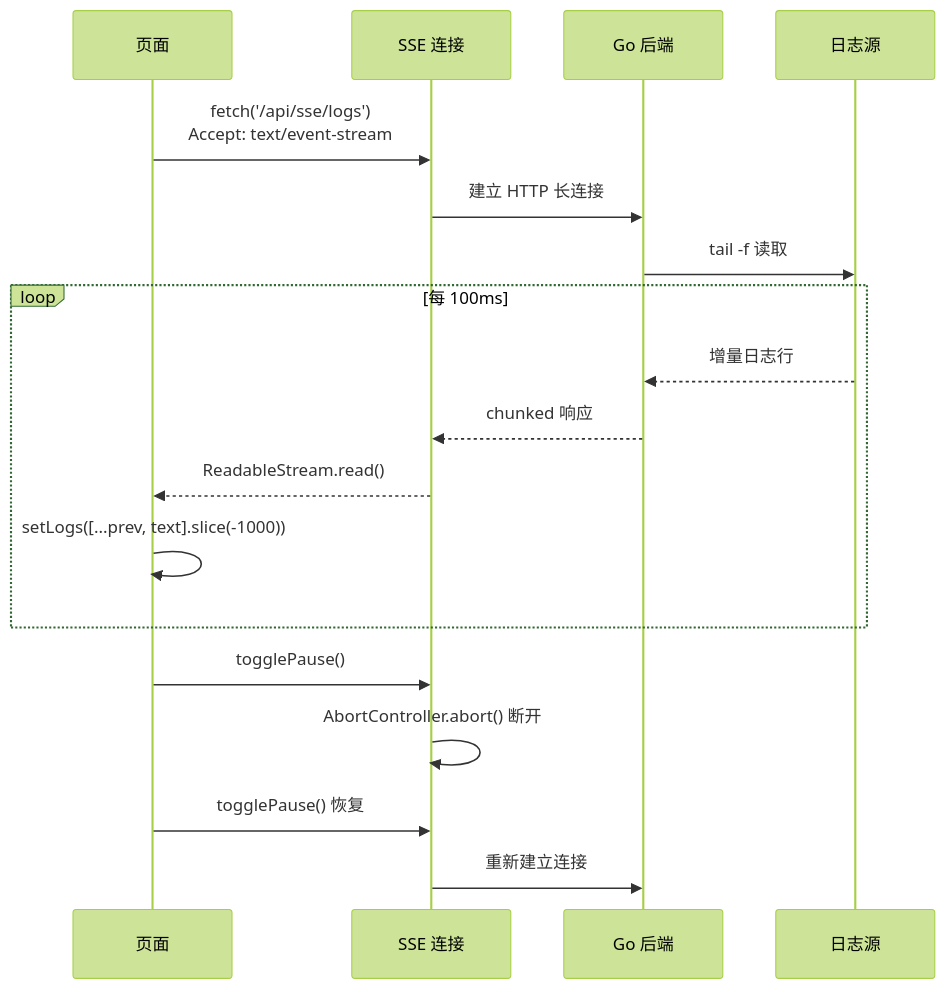
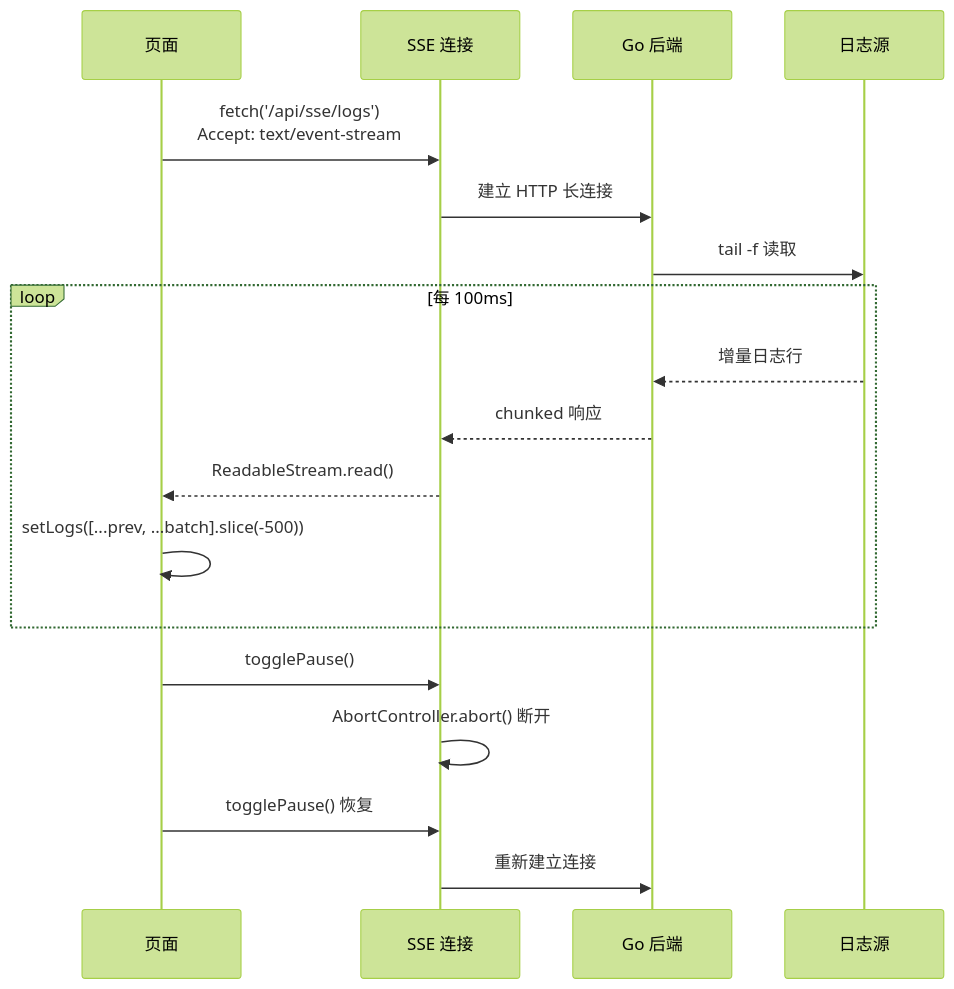
Diagram 19 of 46 in docs/面试亮点.md (KMaybe01/interview-demo), drawn with Mermaid (forest theme) before and after one commit. The commit also changed other lines of this file and 3 other files, not shown here.

````diff
--- a/docs/面试亮点.md
+++ b/docs/面试亮点.md
@@ -1952,23 +2076,23 @@
 ```mermaid
 sequenceDiagram
     participant Page as 页面
     participant SSE as SSE 连接
     participant Backend as Go 后端
     participant LogSource as 日志源
 
     Page->>SSE: fetch('/api/sse/logs')<br/>Accept: text/event-stream
     SSE->>Backend: 建立 HTTP 长连接
     Backend->>LogSource: tail -f 读取
 
     loop 每 100ms
         LogSource-->>Backend: 增量日志行
         Backend-->>SSE: chunked 响应
         SSE-->>Page: ReadableStream.read()
-        Page->>Page: setLogs([...prev, text].slice(-1000))
+        Page->>Page: setLogs([...prev, ...batch].slice(-500))
     end
 
     Page->>SSE: togglePause()
     SSE->>SSE: AbortController.abort() 断开
     Page->>SSE: togglePause() 恢复
     SSE->>Backend: 重新建立连接
 ```
````
